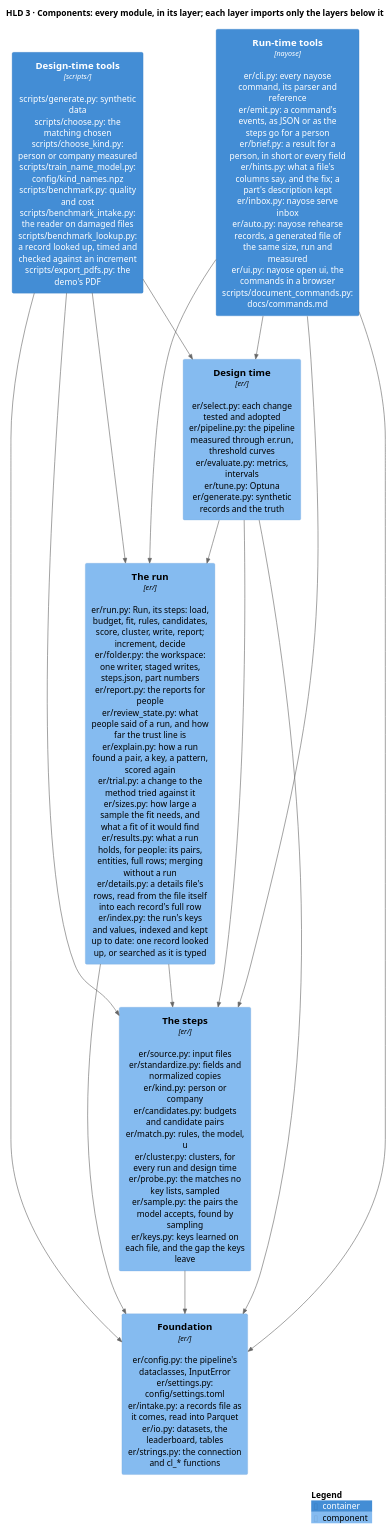
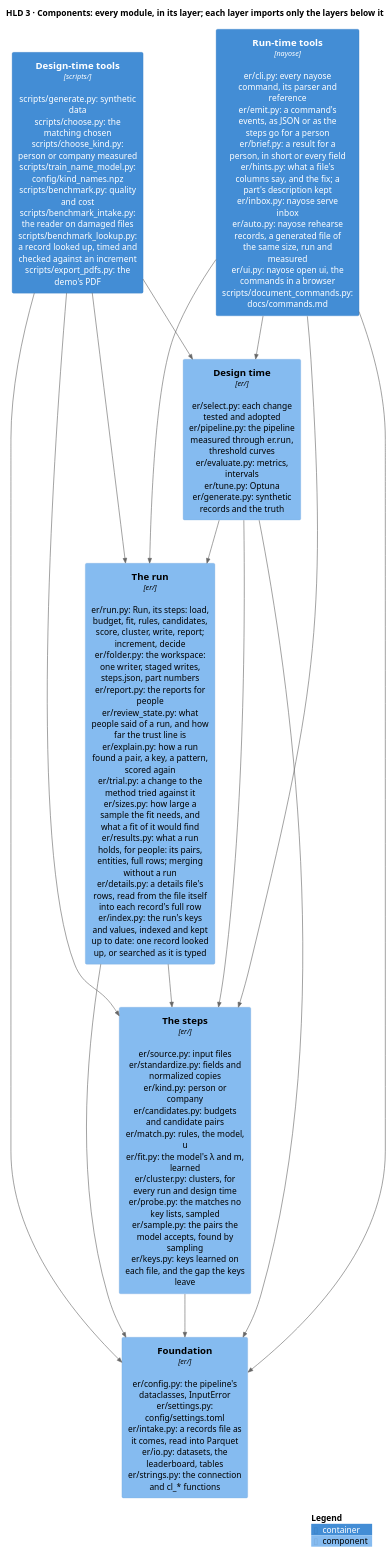
Before and after one commit to mvsbm/entity_matching: the diagram in docs/diagrams/components.puml, drawn with PlantUML. The commit also changed 12 other files, not shown here.

First line of the commit message:
The model is fitted by our own code, not Splink's linker: er.fit holds λ from the near-certain rules, the EM sessions, and m from labels, ported from Splink 5.0

```diff
--- a/docs/diagrams/components.puml
+++ b/docs/diagrams/components.puml
@@ -1,31 +1,31 @@
 @startuml components
 !include <C4/C4_Component>
 LAYOUT_TOP_DOWN()
 HIDE_STEREOTYPE()
 title HLD 3 · Components: every module, in its layer; each layer imports only the layers below it
 
 Container(tools_run, "Run-time tools", "nayose", "er/cli.py: every nayose command, its parser and reference\ner/emit.py: a command's events, as JSON or as the steps go for a person\ner/brief.py: a result for a person, in short or every field\ner/hints.py: what a file's columns say, and the fix; a part's description kept\ner/inbox.py: nayose serve inbox\ner/auto.py: nayose rehearse records, a generated file of the same size, run and measured\ner/ui.py: nayose open ui, the commands in a browser\nscripts/document_commands.py: docs/commands.md")
 Container(tools_design, "Design-time tools", "scripts/", "scripts/generate.py: synthetic data\nscripts/choose.py: the matching chosen\nscripts/choose_kind.py: person or company measured\nscripts/train_name_model.py: config/kind_names.npz\nscripts/benchmark.py: quality and cost\nscripts/benchmark_intake.py: the reader on damaged files\nscripts/benchmark_lookup.py: a record looked up, timed and checked against an increment\nscripts/export_pdfs.py: the demo's PDF")
 
 Component(run, "The run", "er/", "er/run.py: Run, its steps: load, budget, fit, rules, candidates, score, cluster, write, report; increment, decide\ner/folder.py: the workspace: one writer, staged writes, steps.json, part numbers\ner/report.py: the reports for people\ner/review_state.py: what people said of a run, and how far the trust line is\ner/explain.py: how a run found a pair, a key, a pattern, scored again\ner/trial.py: a change to the method tried against it\ner/sizes.py: how large a sample the fit needs, and what a fit of it would find\ner/results.py: what a run holds, for people: its pairs, entities, full rows; merging without a run\ner/details.py: a details file's rows, read from the file itself into each record's full row\ner/index.py: the run's keys and values, indexed and kept up to date: one record looked up, or searched as it is typed")
 Component(design, "Design time", "er/", "er/select.py: each change tested and adopted\ner/pipeline.py: the pipeline measured through er.run, threshold curves\ner/evaluate.py: metrics, intervals\ner/tune.py: Optuna\ner/generate.py: synthetic records and the truth")
-Component(steps, "The steps", "er/", "er/source.py: input files\ner/standardize.py: fields and normalized copies\ner/kind.py: person or company\ner/candidates.py: budgets and candidate pairs\ner/match.py: rules, the model, u\ner/cluster.py: clusters, for every run and design time\ner/probe.py: the matches no key lists, sampled\ner/sample.py: the pairs the model accepts, found by sampling\ner/keys.py: keys learned on each file, and the gap the keys leave")
+Component(steps, "The steps", "er/", "er/source.py: input files\ner/standardize.py: fields and normalized copies\ner/kind.py: person or company\ner/candidates.py: budgets and candidate pairs\ner/match.py: rules, the model, u\ner/fit.py: the model's λ and m, learned\ner/cluster.py: clusters, for every run and design time\ner/probe.py: the matches no key lists, sampled\ner/sample.py: the pairs the model accepts, found by sampling\ner/keys.py: keys learned on each file, and the gap the keys leave")
 Component(configuration, "Foundation", "er/", "er/config.py: the pipeline's dataclasses, InputError\ner/settings.py: config/settings.toml\ner/intake.py: a records file as it comes, read into Parquet\ner/io.py: datasets, the leaderboard, tables\ner/strings.py: the connection and cl_* functions")
 
 Rel_D(tools_run, run, "")
 Rel_D(tools_run, steps, "")
 Rel_D(tools_run, configuration, "")
 Rel_D(tools_run, design, "")
 Rel_D(tools_design, run, "")
 Rel_D(tools_design, design, "")
 Rel_D(tools_design, steps, "")
 Rel_D(tools_design, configuration, "")
 Rel_D(run, steps, "")
 Rel_D(run, configuration, "")
 Rel_D(design, run, "")
 Rel_D(design, steps, "")
 Rel_D(design, configuration, "")
 Rel_D(steps, configuration, "")
 
 SHOW_LEGEND()
 @enduml
```
